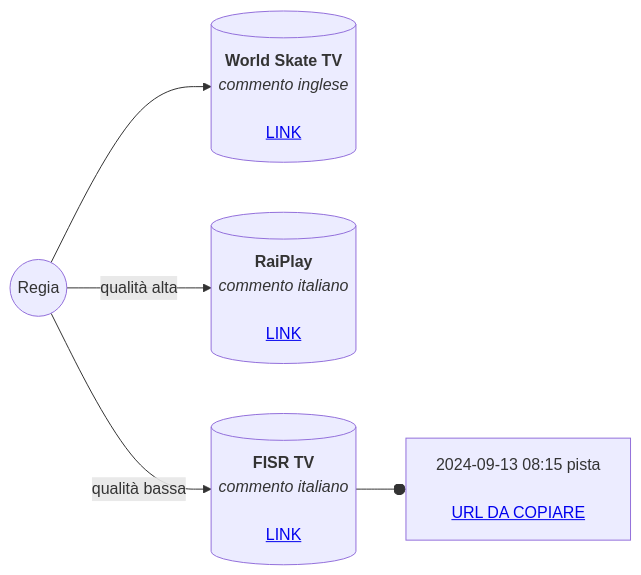
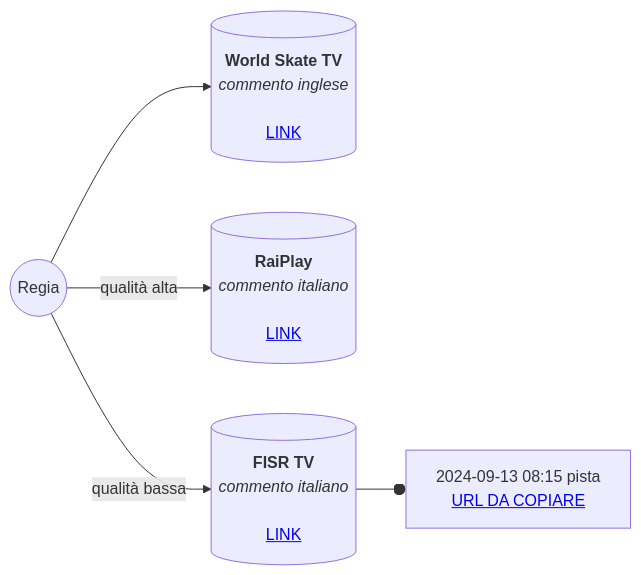
The diagram in README.md (aiBR3/WSG2024-video), drawn with Mermaid before and after one commit.

````diff
--- a/README.md
+++ b/README.md
@@ -3,7 +3,7 @@
 ```mermaid
 flowchart LR
     Regia((Regia)) --> WSG[("<strong>World Skate TV</strong><br><i>commento inglese</i><br><br><a href="https://worldskate.tv/world-skate-games/wsg-2024/wsg-inline-speed-2024" target="_blank">LINK</a>")]
     Regia -- qualità alta --> Rai[("<strong>RaiPlay</strong><br><i>commento italiano</i><br><br><a href="https://www.raiplay.it/guidatv?channel=rai-sport" target="_blank">LINK</a>")]
     Regia -- qualità bassa --> FISR[("<strong>FISR TV</strong><br><i>commento italiano</i><br><br><a href="https://fisrtv.it/" target="_blank">LINK</a>")]
-    FISR --o sorgente1["2024-09-13 08:15 pista<br><br><a href="#fisr-tv---2024-09-13-0815-pista">URL DA COPIARE</a>"]
+    FISR --o sorgente1["2024-09-13 08:15 pista<br><a href="#fisr-tv---2024-09-13-0815-pista">URL DA COPIARE</a>"]
 ```
````
